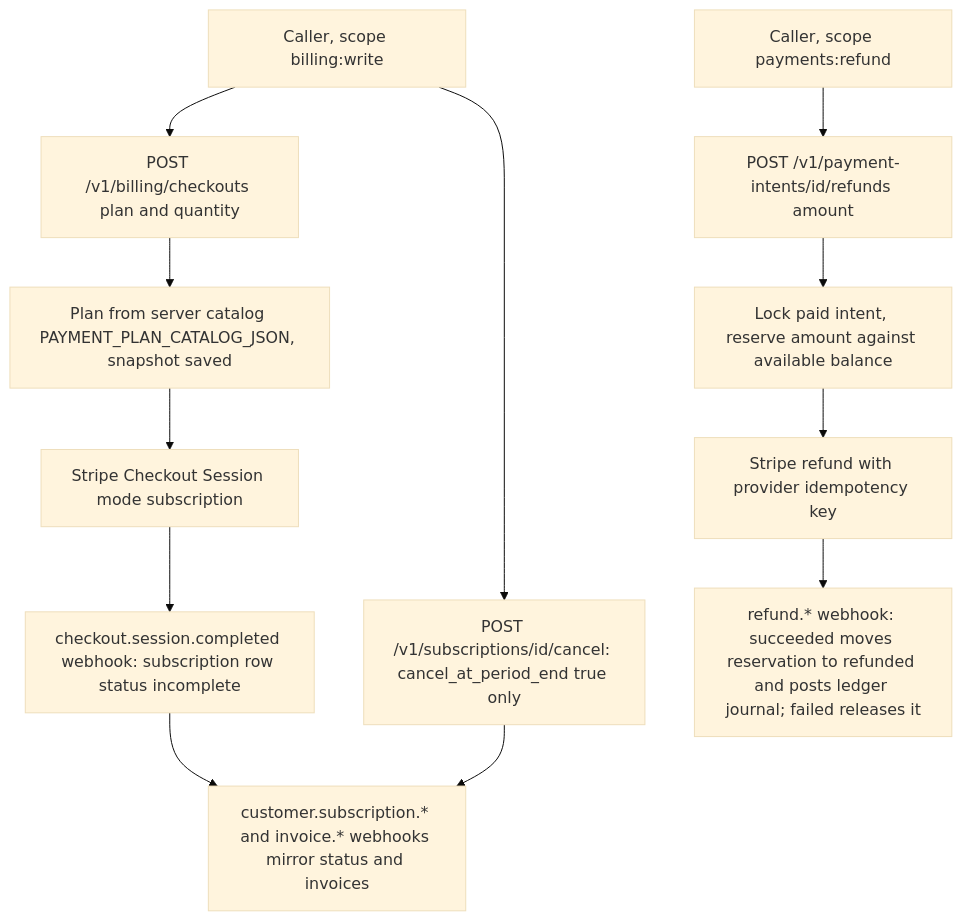
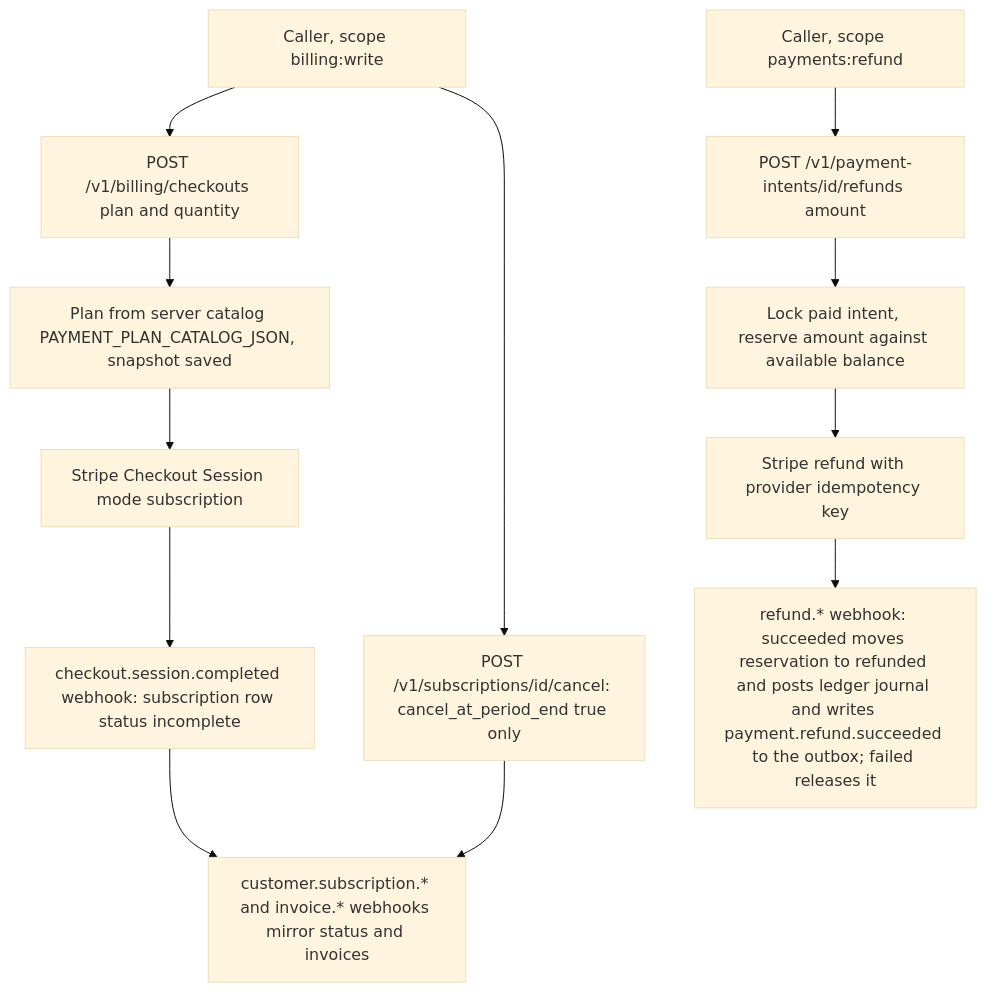
One commit to bookchaowalit-backend/platform-payment changed the second of 3 diagrams in docs/diagrams/01-business-process.md. Above: the diagram before and after it, drawn with Mermaid (base theme). The commit also changed other lines of this file, not shown here.

````diff
--- a/docs/diagrams/01-business-process.md
+++ b/docs/diagrams/01-business-process.md
@@ -34,14 +38,14 @@
 ```mermaid
 flowchart TD
   P["Caller, scope billing:write"] --> Q["POST /v1/billing/checkouts plan and quantity"]
   Q --> Q1["Plan from server catalog PAYMENT_PLAN_CATALOG_JSON, snapshot saved"]
   Q1 --> Q2["Stripe Checkout Session mode subscription"]
   Q2 --> Q3["checkout.session.completed webhook: subscription row status incomplete"]
   Q3 --> Q4["customer.subscription.* and invoice.* webhooks mirror status and invoices"]
   P --> CA["POST /v1/subscriptions/id/cancel: cancel_at_period_end true only"]
   CA --> Q4
   RF["Caller, scope payments:refund"] --> R["POST /v1/payment-intents/id/refunds amount"]
   R --> R1["Lock paid intent, reserve amount against available balance"]
   R1 --> R2["Stripe refund with provider idempotency key"]
-  R2 --> R3["refund.* webhook: succeeded moves reservation to refunded and posts ledger journal; failed releases it"]
+  R2 --> R3["refund.* webhook: succeeded moves reservation to refunded and posts ledger journal and writes payment.refund.succeeded to the outbox; failed releases it"]
 ```
````
